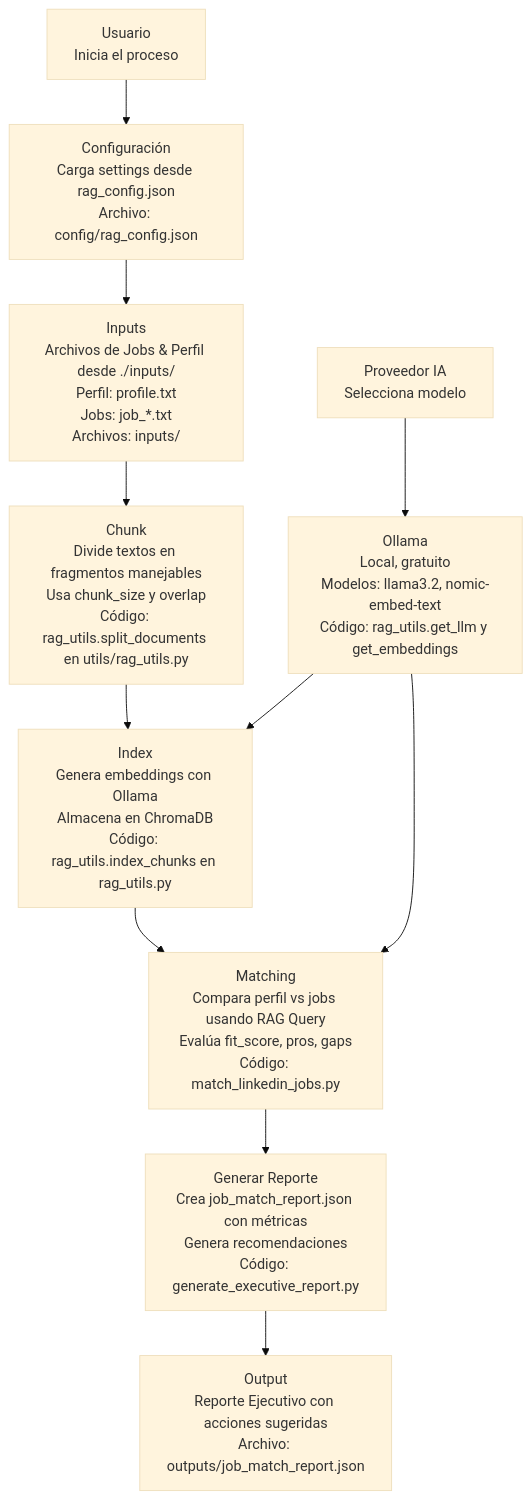
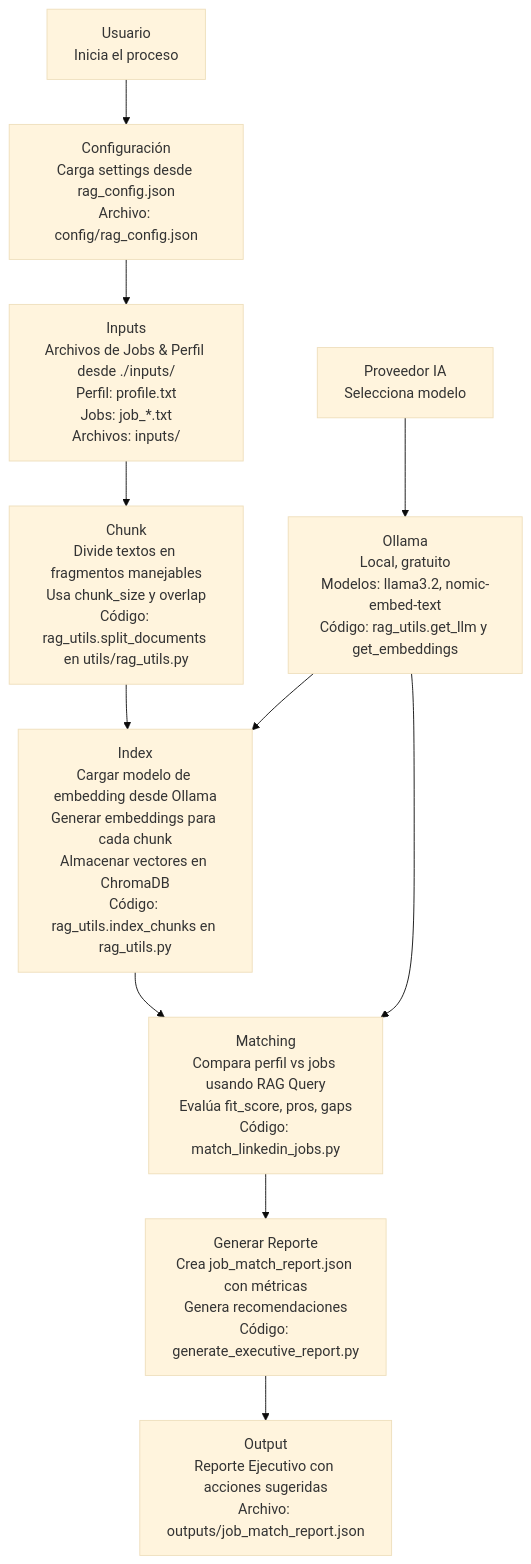
One commit to CristopherAn/por_ia changed the diagram in README.md. Above: the diagram before and after it, drawn with Mermaid (base theme).

Commit message:
Update diagram to clarify Ollama embedding model loading and generation process

````diff
--- a/README.md
+++ b/README.md
@@ -11,18 +11,18 @@
 ```mermaid
 flowchart TD
     A[Usuario<br/>Inicia el proceso] --> B[Configuración<br/>Carga settings desde rag_config.json<br/>Archivo: config/rag_config.json]
     B --> C[Inputs<br/>Archivos de Jobs & Perfil desde ./inputs/<br/>Perfil: profile.txt<br/>Jobs: job_*.txt<br/>Archivos: inputs/]
     
     C --> D[Chunk<br/>Divide textos en fragmentos manejables<br/>Usa chunk_size y overlap<br/>Código: rag_utils.split_documents en utils/rag_utils.py]
-    D --> E[Index<br/>Genera embeddings con Ollama<br/>Almacena en ChromaDB<br/>Código: rag_utils.index_chunks en rag_utils.py]
+    D --> E[Index<br/>Cargar modelo de embedding desde Ollama<br/>Generar embeddings para cada chunk<br/>Almacenar vectores en ChromaDB<br/>Código: rag_utils.index_chunks en rag_utils.py]
     
     E --> F[Matching<br/>Compara perfil vs jobs usando RAG Query<br/>Evalúa fit_score, pros, gaps<br/>Código: match_linkedin_jobs.py]
     F --> G[Generar Reporte<br/>Crea job_match_report.json con métricas<br/>Genera recomendaciones<br/>Código: generate_executive_report.py]
     
     H[Proveedor IA<br/>Selecciona modelo] --> I[Ollama<br/>Local, gratuito<br/>Modelos: llama3.2, nomic-embed-text<br/>Código: rag_utils.get_llm y get_embeddings]
     
     I --> E
     I --> F
     
     G --> J[Output<br/>Reporte Ejecutivo con acciones sugeridas<br/>Archivo: outputs/job_match_report.json]
 ```
````
